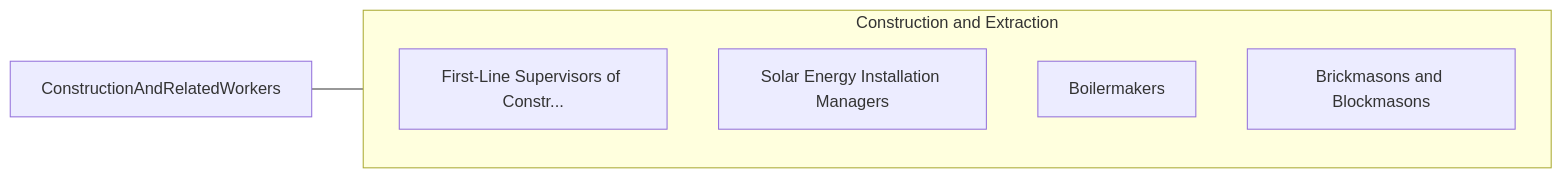
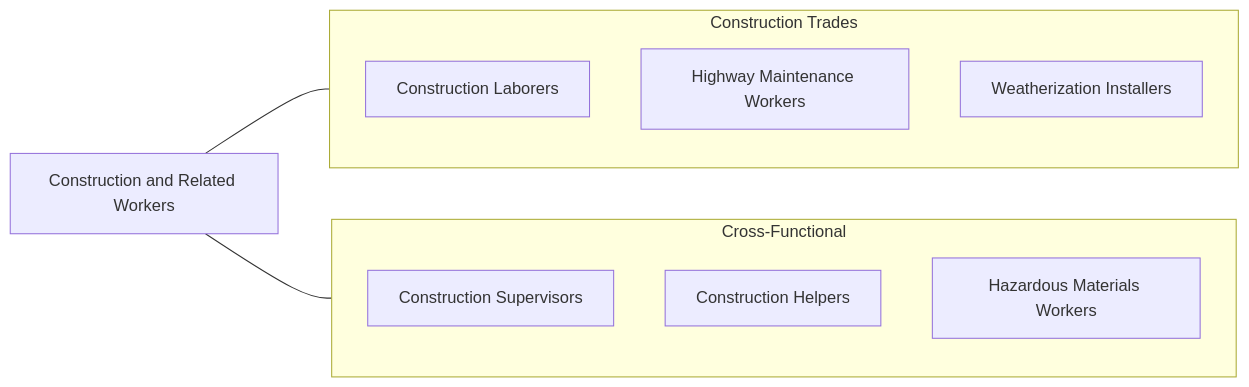
The fourth of 4 diagrams in occupations/Construction/ConstructionAndRelatedWorkers.mdx (kziemski/business.org.ai), drawn with Mermaid before and after one commit. The commit also changed other lines of this file and 938 other files, not shown here.

````diff
--- a/occupations/Construction/ConstructionAndRelatedWorkers.mdx
+++ b/occupations/Construction/ConstructionAndRelatedWorkers.mdx
@@ -147,13 +190,19 @@
 ```mermaid
 graph LR
-    Current["ConstructionAndRelatedWorkers"]
+    Current["Construction and Related Workers"]
 
-    subgraph SameCategory["Construction and Extraction"]
-        FirstLineSupervisors["First-Line Supervisors of Constr..."]
-        SolarEnergyInstallat["Solar Energy Installation Managers"]
-        Boilermakers["Boilermakers"]
-        BrickmasonsAndBlockm["Brickmasons and Blockmasons"]
+    subgraph SameCategory["Construction Trades"]
+        Laborer["Construction Laborers"]
+        Highway["Highway Maintenance Workers"]
+        Weather["Weatherization Installers"]
+    end
+
+    subgraph CrossFunctional["Cross-Functional"]
+        Super["Construction Supervisors"]
+        Helper["Construction Helpers"]
+        HazMat["Hazardous Materials Workers"]
     end
 
     Current --- SameCategory
+    Current --- CrossFunctional
 ```
````
